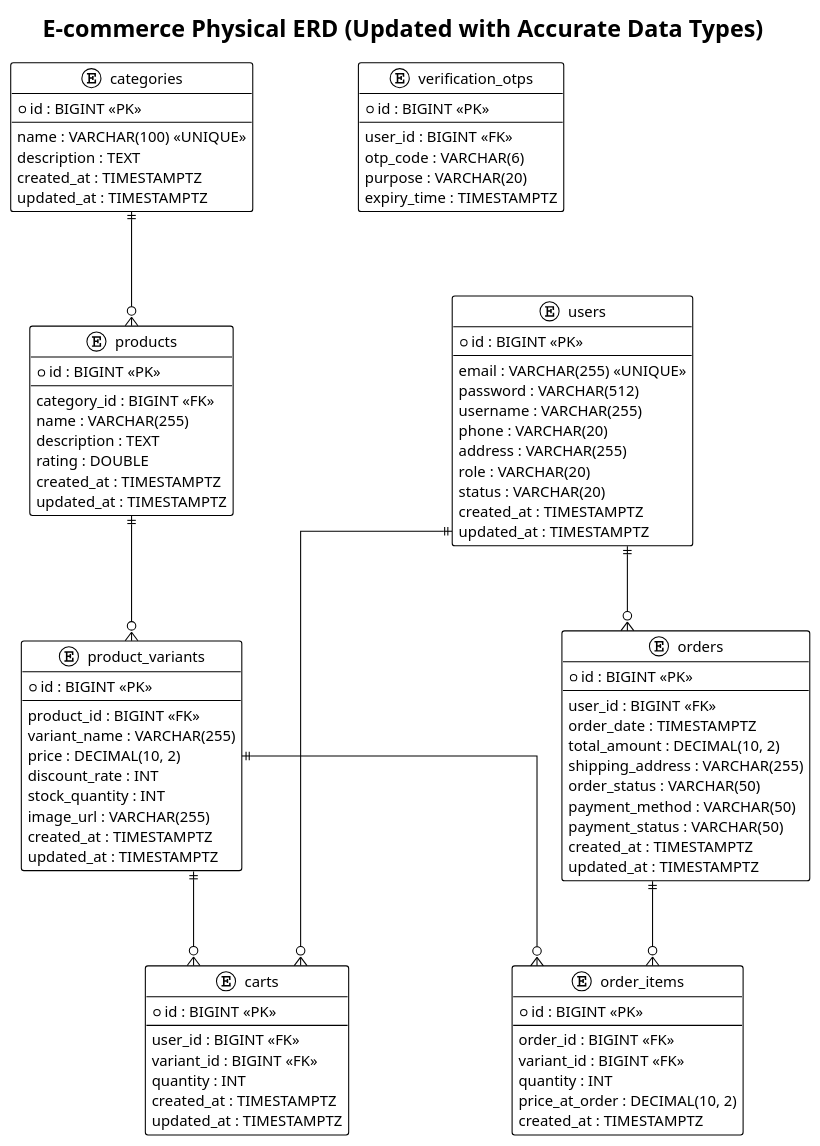
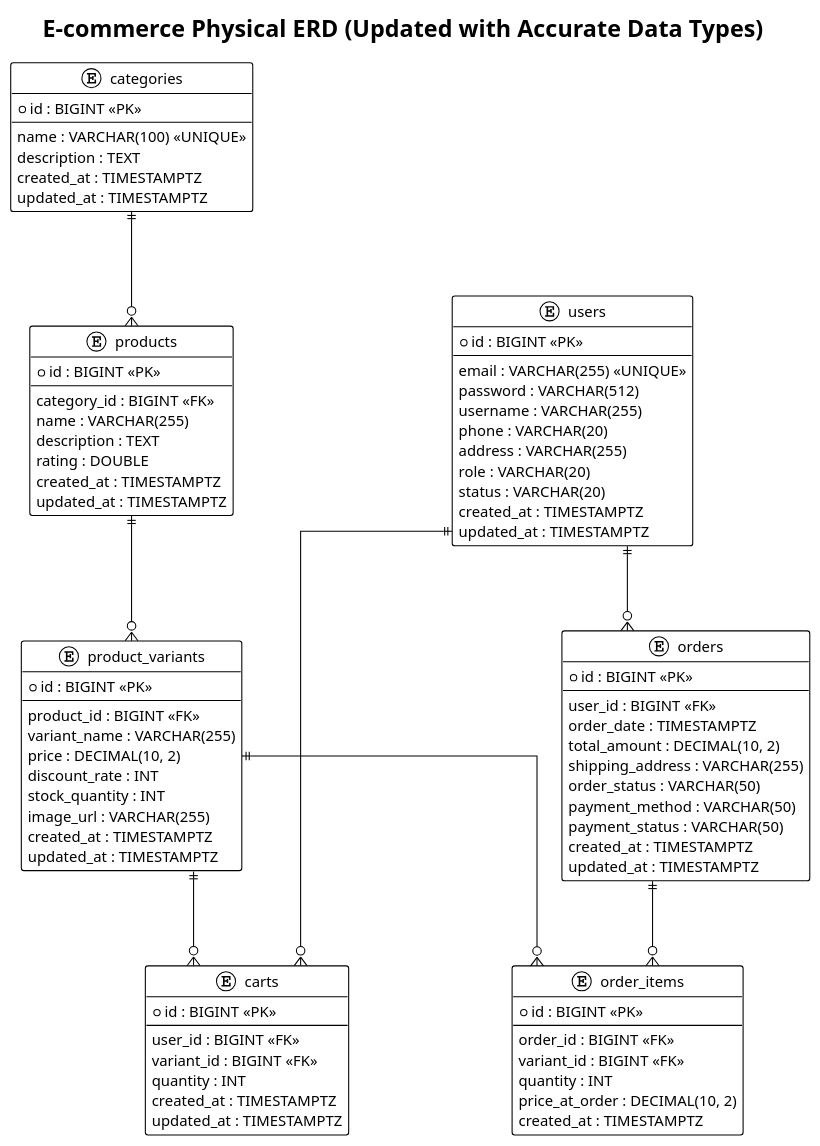
The diagram in docs/database/erd-diagram.puml (Nam000p/ecommerce-monolith), drawn with PlantUML before and after one commit. The commit also changed 14 other files, not shown here.

Commit message:
Add DTOs and repositories for cart, order, product, and user entities; implement OTP service

```diff
--- a/docs/database/erd-diagram.puml
+++ b/docs/database/erd-diagram.puml
@@ -1,108 +1,99 @@
 @startuml
 !theme plain
 skinparam linetype ortho
 skinparam nodesep 100
 skinparam ranksep 80
 
 title E-commerce Physical ERD (Updated with Accurate Data Types)
 
 entity "users" {
   * id : BIGINT <<PK>>
   --
   email : VARCHAR(255) <<UNIQUE>>
   password : VARCHAR(512)
   username : VARCHAR(255)
   phone : VARCHAR(20)
   address : VARCHAR(255)
   role : VARCHAR(20)
   status : VARCHAR(20)
   created_at : TIMESTAMPTZ
   updated_at : TIMESTAMPTZ
-}
-
-entity "verification_otps" {
-  * id : BIGINT <<PK>>
-  --
-  user_id : BIGINT <<FK>>
-  otp_code : VARCHAR(6)
-  purpose : VARCHAR(20)
-  expiry_time : TIMESTAMPTZ
 }
 
 entity "categories" {
   * id : BIGINT <<PK>>
   --
   name : VARCHAR(100) <<UNIQUE>>
   description : TEXT
   created_at : TIMESTAMPTZ
   updated_at : TIMESTAMPTZ
 }
 
 entity "products" {
   * id : BIGINT <<PK>>
   --
   category_id : BIGINT <<FK>>
   name : VARCHAR(255)
   description : TEXT
   rating : DOUBLE
   created_at : TIMESTAMPTZ
   updated_at : TIMESTAMPTZ
 }
 
 entity "product_variants" {
   * id : BIGINT <<PK>>
   --
   product_id : BIGINT <<FK>>
   variant_name : VARCHAR(255)
   price : DECIMAL(10, 2)
   discount_rate : INT
   stock_quantity : INT
   image_url : VARCHAR(255)
   created_at : TIMESTAMPTZ
   updated_at : TIMESTAMPTZ
 }
 
 entity "carts" {
   * id : BIGINT <<PK>>
   --
   user_id : BIGINT <<FK>>
   variant_id : BIGINT <<FK>>
   quantity : INT
   created_at : TIMESTAMPTZ
   updated_at : TIMESTAMPTZ
 }
 
 entity "orders" {
   * id : BIGINT <<PK>>
   --
   user_id : BIGINT <<FK>>
   order_date : TIMESTAMPTZ
   total_amount : DECIMAL(10, 2)
   shipping_address : VARCHAR(255)
   order_status : VARCHAR(50)
   payment_method : VARCHAR(50)
   payment_status : VARCHAR(50)
   created_at : TIMESTAMPTZ
   updated_at : TIMESTAMPTZ
 }
 
 entity "order_items" {
   * id : BIGINT <<PK>>
   --
   order_id : BIGINT <<FK>>
   variant_id : BIGINT <<FK>>
   quantity : INT
   price_at_order : DECIMAL(10, 2)
   created_at : TIMESTAMPTZ
 }
 
 ' Relationships
 categories ||--o{ products
 products ||--o{ product_variants
 users ||--o{ carts
 product_variants ||--o{ carts
 users ||--o{ orders
 orders ||--o{ order_items
 product_variants ||--o{ order_items
 
 @enduml
```
